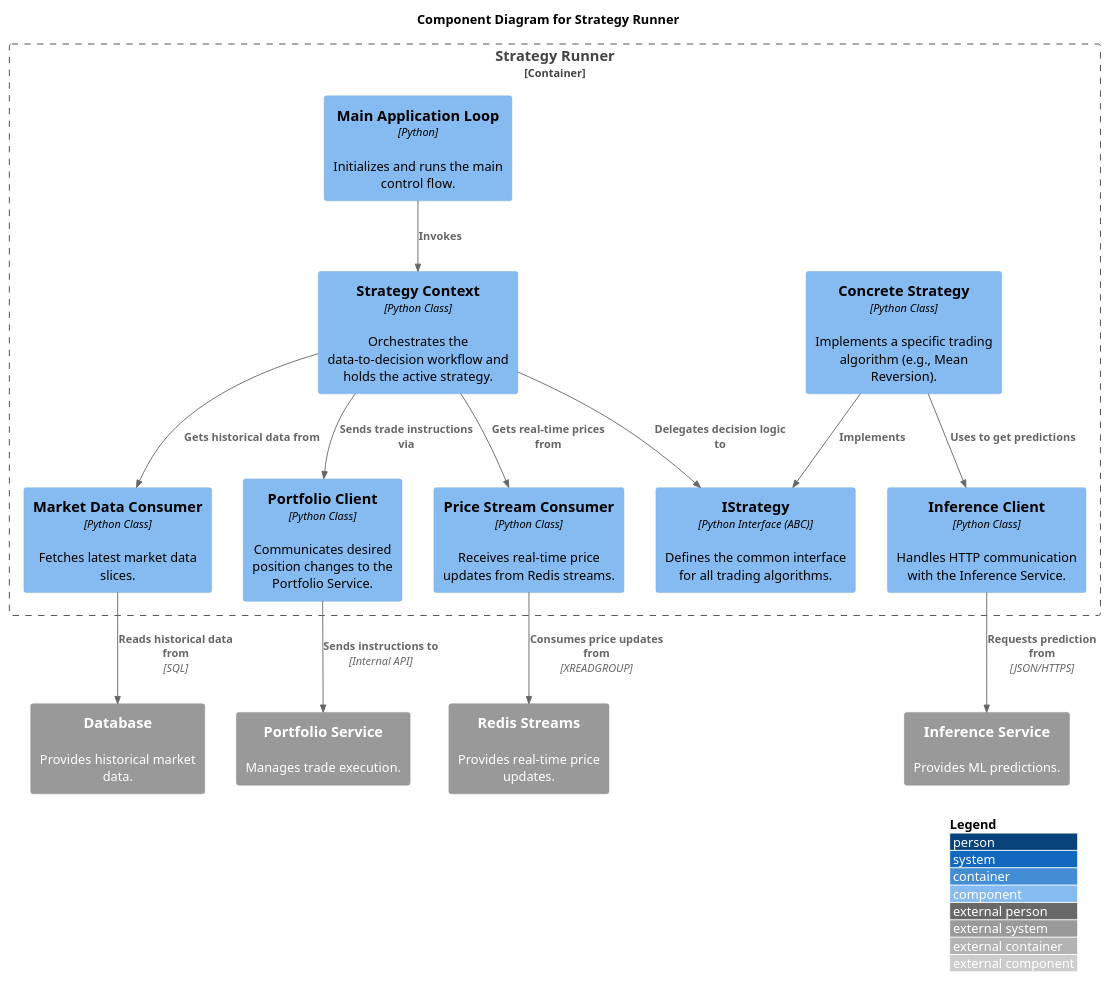
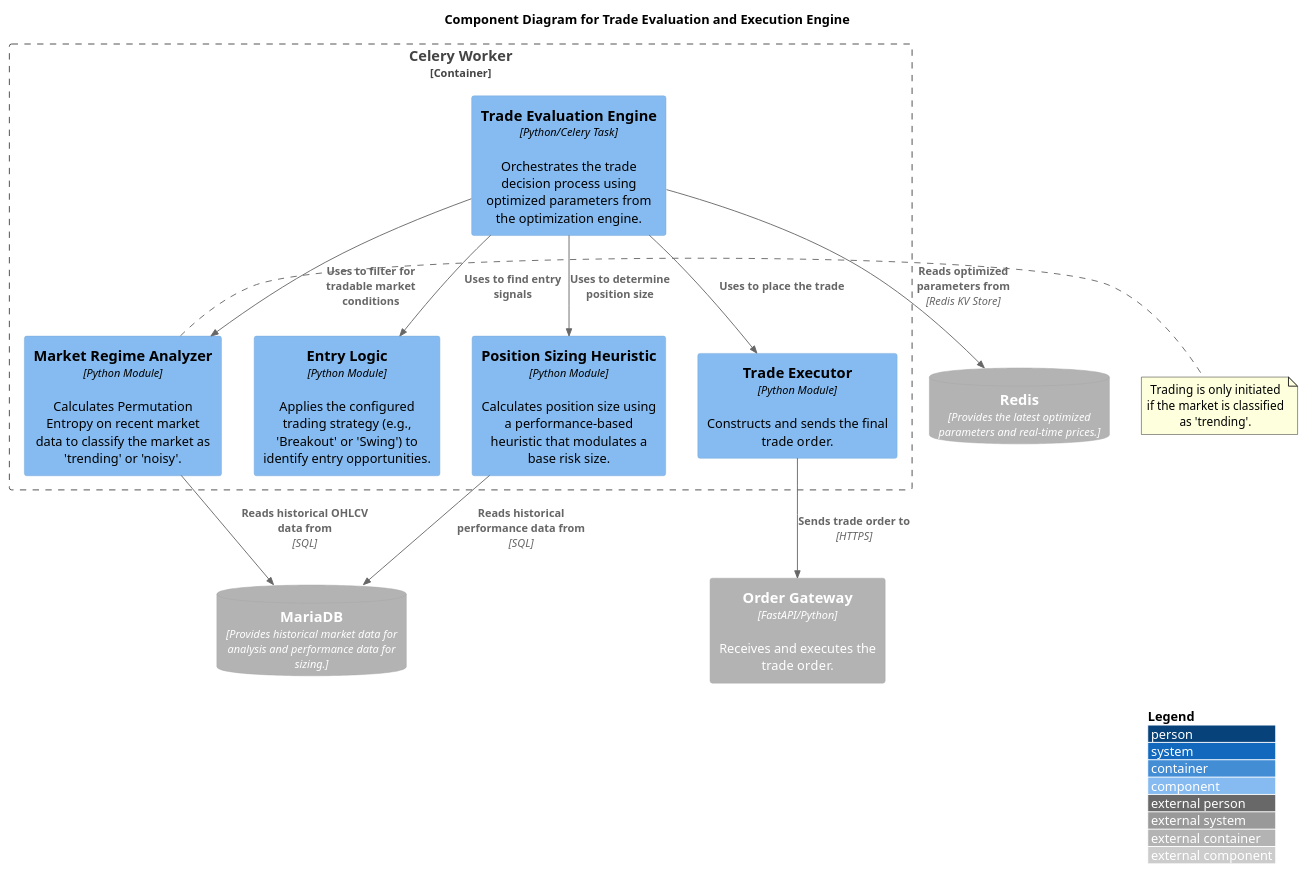
The diagram in docs/arch/level-3-strategy-runner.puml (tttrisagion/3T), drawn with PlantUML before and after one commit. The commit also changed 23 other files, not shown here.

Commit message:
updated diagrams based on latest changes

```diff
--- a/docs/arch/level-3-strategy-runner.puml
+++ b/docs/arch/level-3-strategy-runner.puml
@@ -1,38 +1,38 @@
-@startuml Strategy Runner Components
+@startuml Trade Evaluation Engine Components
+
 !include <C4/C4_Component.puml>
 
 LAYOUT_WITH_LEGEND()
 LAYOUT_TOP_DOWN()
 
-title Component Diagram for Strategy Runner
+title Component Diagram for Trade Evaluation and Execution Engine
 
-Container_Boundary(strategy_runner, "Strategy Runner") {
-    Component(main_loop, "Main Application Loop", "Python", "Initializes and runs the main control flow.")
-    Component(context, "Strategy Context", "Python Class", "Orchestrates the data-to-decision workflow and holds the active strategy.")
-    Component(istrategy, "IStrategy", "Python Interface (ABC)", "Defines the common interface for all trading algorithms.")
-    Component(concrete_strategy, "Concrete Strategy", "Python Class", "Implements a specific trading algorithm (e.g., Mean Reversion).")
-    Component(data_consumer, "Market Data Consumer", "Python Class", "Fetches latest market data slices.")
-    Component(price_consumer, "Price Stream Consumer", "Python Class", "Receives real-time price updates from Redis streams.")
-    Component(inference_client, "Inference Client", "Python Class", "Handles HTTP communication with the Inference Service.")
-    Component(portfolio_client, "Portfolio Client", "Python Class", "Communicates desired position changes to the Portfolio Service.")
+Container_Boundary(celery_worker, "Celery Worker") {
+    Component(trade_eval_engine, "Trade Evaluation Engine", "Python/Celery Task", "Orchestrates the trade decision process using optimized parameters from the optimization engine.")
+    Component(market_regime_analyzer, "Market Regime Analyzer", "Python Module", "Calculates Permutation Entropy on recent market data to classify the market as 'trending' or 'noisy'.")
+    Component(entry_logic, "Entry Logic", "Python Module", "Applies the configured trading strategy (e.g., 'Breakout' or 'Swing') to identify entry opportunities.")
+    Component(sizing_heuristic, "Position Sizing Heuristic", "Python Module", "Calculates position size using a performance-based heuristic that modulates a base risk size.")
+    Component(trade_executor, "Trade Executor", "Python Module", "Constructs and sends the final trade order.")
 
-    Rel(main_loop, context, "Invokes")
-    Rel(context, data_consumer, "Gets historical data from")
-    Rel(context, price_consumer, "Gets real-time prices from")
-    Rel(context, istrategy, "Delegates decision logic to")
-    Rel(concrete_strategy, istrategy, "Implements")
-    Rel(concrete_strategy, inference_client, "Uses to get predictions")
-    Rel(context, portfolio_client, "Sends trade instructions via")
+    Rel(trade_eval_engine, market_regime_analyzer, "Uses to filter for tradable market conditions")
+    Rel(trade_eval_engine, entry_logic, "Uses to find entry signals")
+    Rel(trade_eval_engine, sizing_heuristic, "Uses to determine position size")
+    Rel(trade_eval_engine, trade_executor, "Uses to place the trade")
 }
 
-System_Ext(db, "Database", "Provides historical market data.")
-System_Ext(redis_streams, "Redis Streams", "Provides real-time price updates.")
-System_Ext(inference_service, "Inference Service", "Provides ML predictions.")
-System_Ext(portfolio_service, "Portfolio Service", "Manages trade execution.")
+ContainerDb_Ext(redis, "Redis", "Provides the latest optimized parameters and real-time prices.")
+ContainerDb_Ext(mariadb, "MariaDB", "Provides historical market data for analysis and performance data for sizing.")
+Container_Ext(order_gateway, "Order Gateway", "FastAPI/Python", "Receives and executes the trade order.")
 
-Rel(data_consumer, db, "Reads historical data from", "SQL")
-Rel(price_consumer, redis_streams, "Consumes price updates from", "XREADGROUP")
-Rel(inference_client, inference_service, "Requests prediction from", "JSON/HTTPS")
-Rel(portfolio_client, portfolio_service, "Sends instructions to", "Internal API")
+Rel(trade_eval_engine, redis, "Reads optimized parameters from", "Redis KV Store")
+Rel(market_regime_analyzer, mariadb, "Reads historical OHLCV data from", "SQL")
+Rel(sizing_heuristic, mariadb, "Reads historical performance data from", "SQL")
+Rel(trade_executor, order_gateway, "Sends trade order to", "HTTPS")
+
+note right of market_regime_analyzer
+  Trading is only initiated
+  if the market is classified
+  as 'trending'.
+end note
 
 @enduml
```
